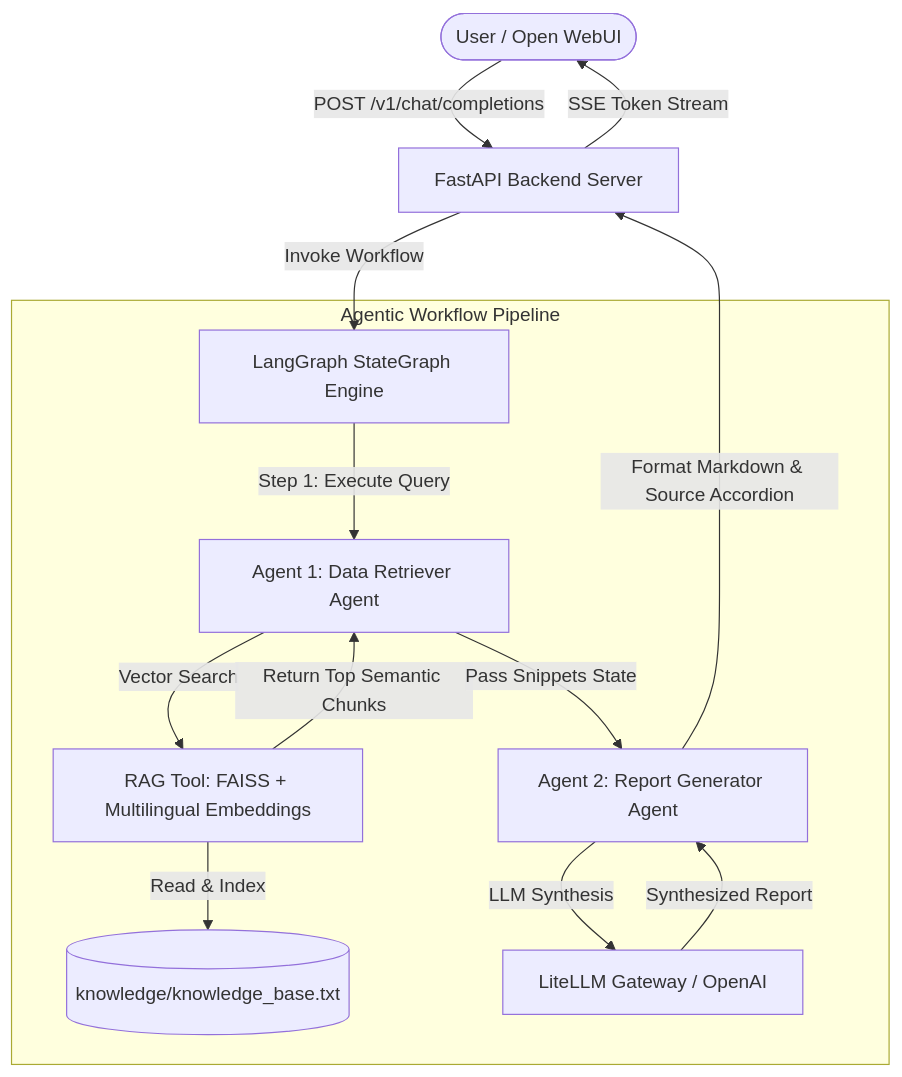
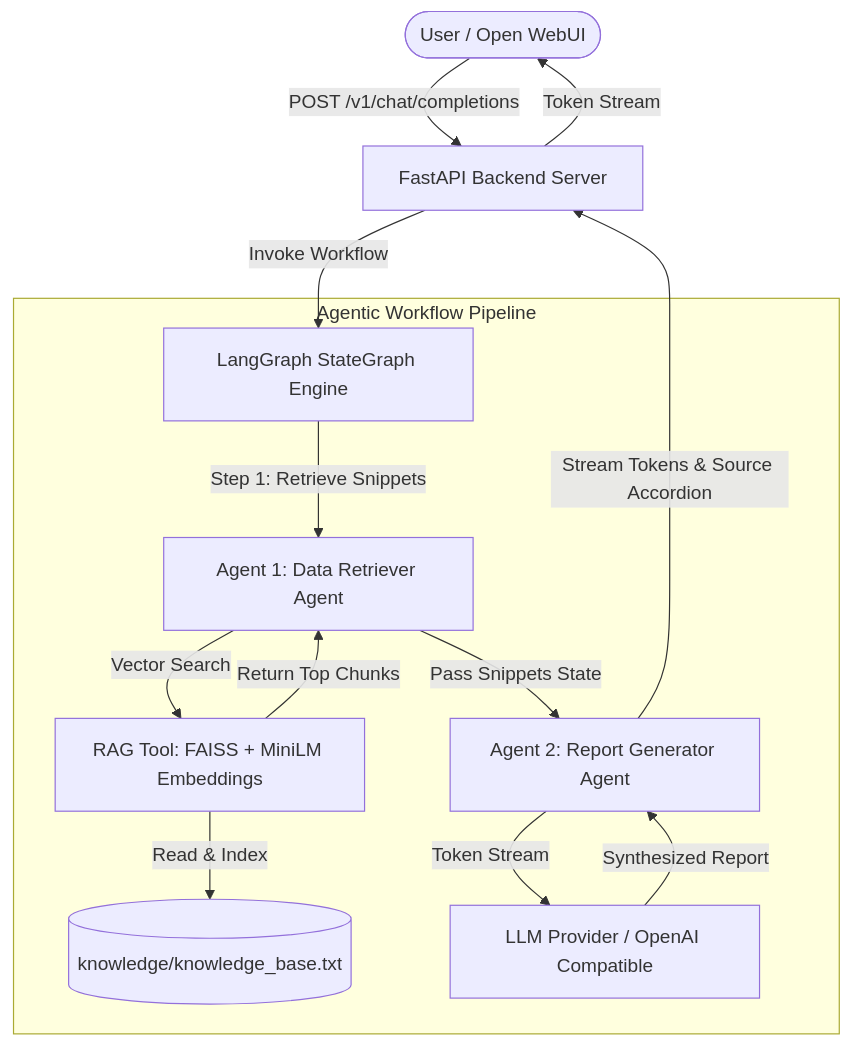
The diagram in README.md (ThittipatBeam/AI_Report_Generator), drawn with Mermaid before and after one commit. The commit also changed other lines of this file and 12 other files, not shown here.

Commit message:
release: v1.0.1 - Real-time SSE token streaming, pre-warmed FAISS RAG, and evaluation screenshots

````diff
--- a/README.md
+++ b/README.md
@@ -9,19 +11,19 @@
 ```mermaid
 graph TD
     User([User / Open WebUI]) -->|POST /v1/chat/completions| FastAPI[FastAPI Backend Server]
     FastAPI -->|Invoke Workflow| LangGraph[LangGraph StateGraph Engine]
     
     subgraph Agentic Workflow Pipeline
-        LangGraph -->|Step 1: Execute Query| Agent1[Agent 1: Data Retriever Agent]
-        Agent1 -->|Vector Search| RAGTool[RAG Tool: FAISS + Multilingual Embeddings]
+        LangGraph -->|Step 1: Retrieve Snippets| Agent1[Agent 1: Data Retriever Agent]
+        Agent1 -->|Vector Search| RAGTool[RAG Tool: FAISS + MiniLM Embeddings]
         RAGTool -->|Read & Index| KB[(knowledge/knowledge_base.txt)]
-        RAGTool -->|Return Top Semantic Chunks| Agent1
+        RAGTool -->|Return Top Chunks| Agent1
         
         Agent1 -->|Pass Snippets State| Agent2[Agent 2: Report Generator Agent]
-        Agent2 -->|LLM Synthesis| LiteLLM[LiteLLM Gateway / OpenAI]
-        LiteLLM -->|Synthesized Report| Agent2
+        Agent2 -->|Token Stream| LLM[LLM Provider / OpenAI Compatible]
+        LLM -->|Synthesized Report| Agent2
     end
     
-    Agent2 -->|Format Markdown & Source Accordion| FastAPI
-    FastAPI -->|SSE Token Stream| User
+    Agent2 -->|Stream Tokens & Source Accordion| FastAPI
+    FastAPI -->|Token Stream| User
 ```
````
